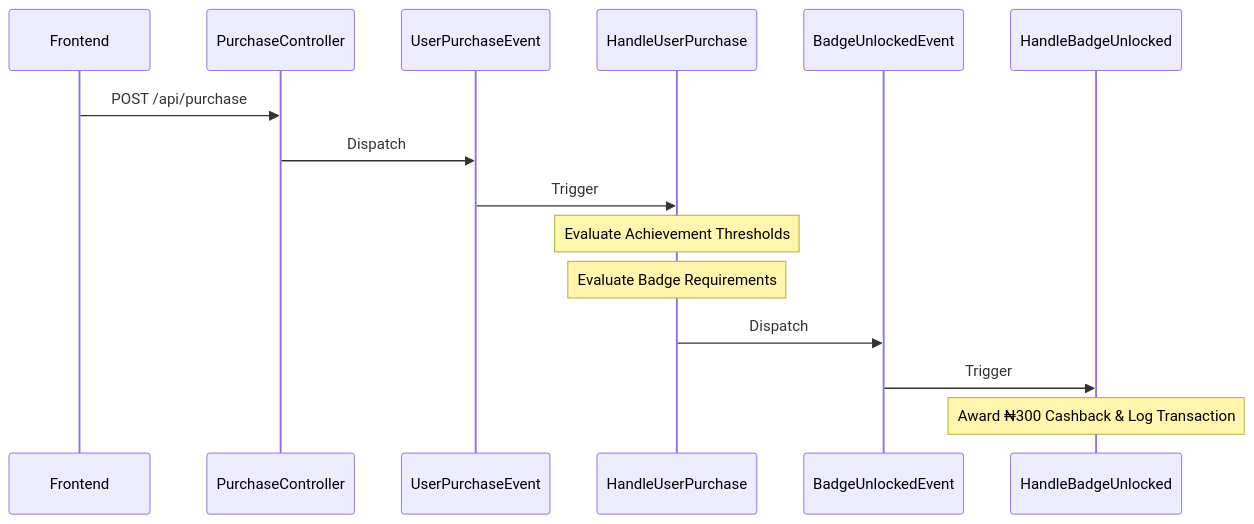
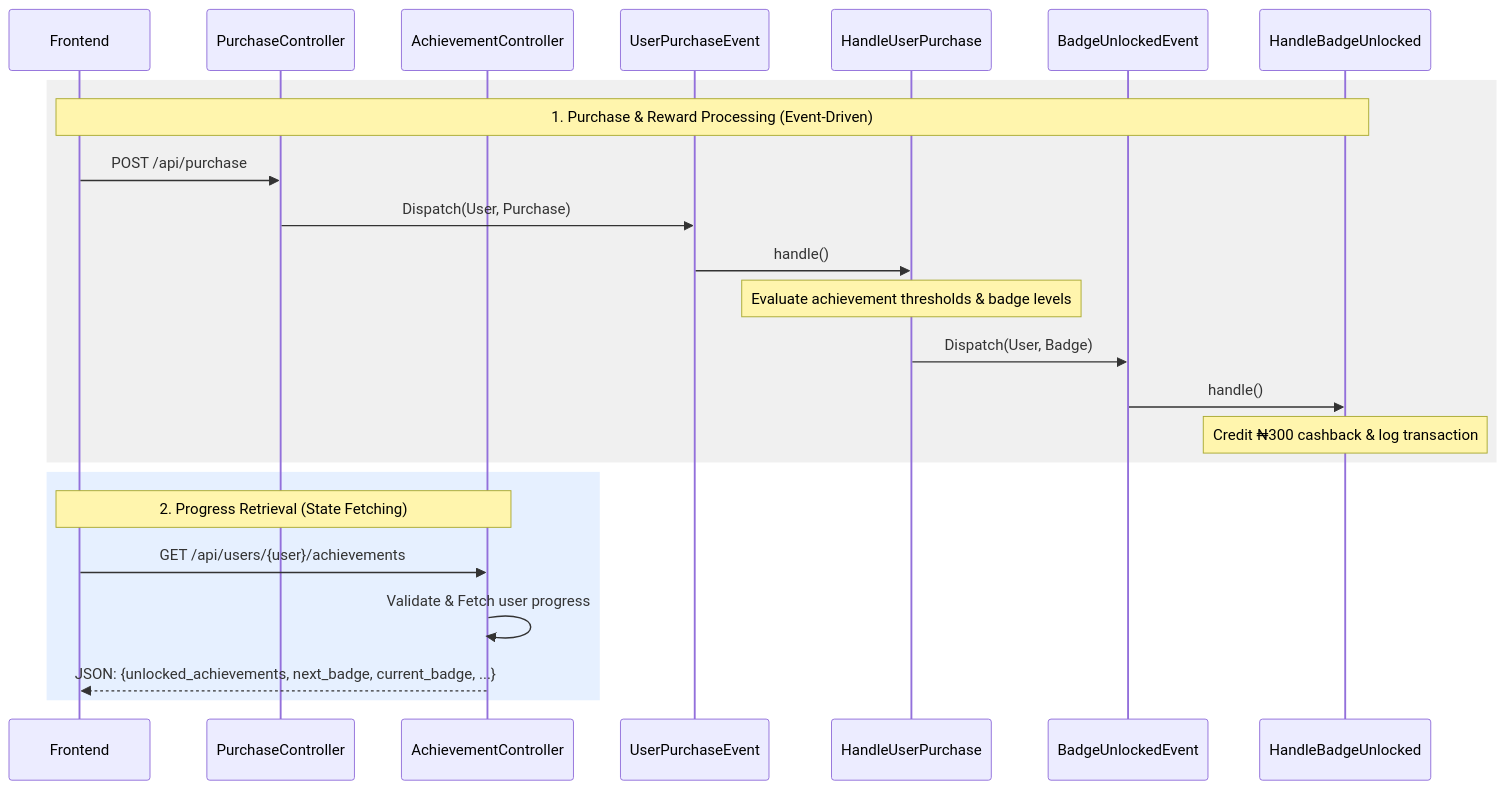
One commit to taiwoak/loyalty-program changed the diagram in README.md. Above: the diagram before and after it, drawn with Mermaid.

Commit message:
chore: updated readme docs

````diff
--- a/README.md
+++ b/README.md
@@ -181,18 +181,28 @@
 ```mermaid
 sequenceDiagram
     participant Frontend
     participant PurchaseController
+    participant AchievementController
     participant UserPurchaseEvent
     participant HandleUserPurchase
     participant BadgeUnlockedEvent
     participant HandleBadgeUnlocked
 
-    Frontend->>PurchaseController: POST /api/purchase
-    PurchaseController->>UserPurchaseEvent: Dispatch
-    UserPurchaseEvent->>HandleUserPurchase: Trigger
-    Note over HandleUserPurchase: Evaluate Achievement Thresholds
-    Note over HandleUserPurchase: Evaluate Badge Requirements
-    HandleUserPurchase->>BadgeUnlockedEvent: Dispatch
-    BadgeUnlockedEvent->>HandleBadgeUnlocked: Trigger
-    Note over HandleBadgeUnlocked: Award ₦300 Cashback & Log Transaction
+    rect rgb(240, 240, 240)
+        Note over Frontend, HandleBadgeUnlocked: 1. Purchase & Reward Processing (Event-Driven)
+        Frontend->>PurchaseController: POST /api/purchase
+        PurchaseController->>UserPurchaseEvent: Dispatch(User, Purchase)
+        UserPurchaseEvent->>HandleUserPurchase: handle()
+        Note over HandleUserPurchase: Evaluate achievement thresholds & badge levels
+        HandleUserPurchase->>BadgeUnlockedEvent: Dispatch(User, Badge)
+        BadgeUnlockedEvent->>HandleBadgeUnlocked: handle()
+        Note over HandleBadgeUnlocked: Credit ₦300 cashback & log transaction
+    end
+
+    rect rgb(230, 240, 255)
+        Note over Frontend, AchievementController: 2. Progress Retrieval (State Fetching)
+        Frontend->>AchievementController: GET /api/users/{user}/achievements
+        AchievementController->>AchievementController: Validate & Fetch user progress
+        AchievementController-->>Frontend: JSON: {unlocked_achievements, next_badge, current_badge, ...}
+    end
 ```
````
